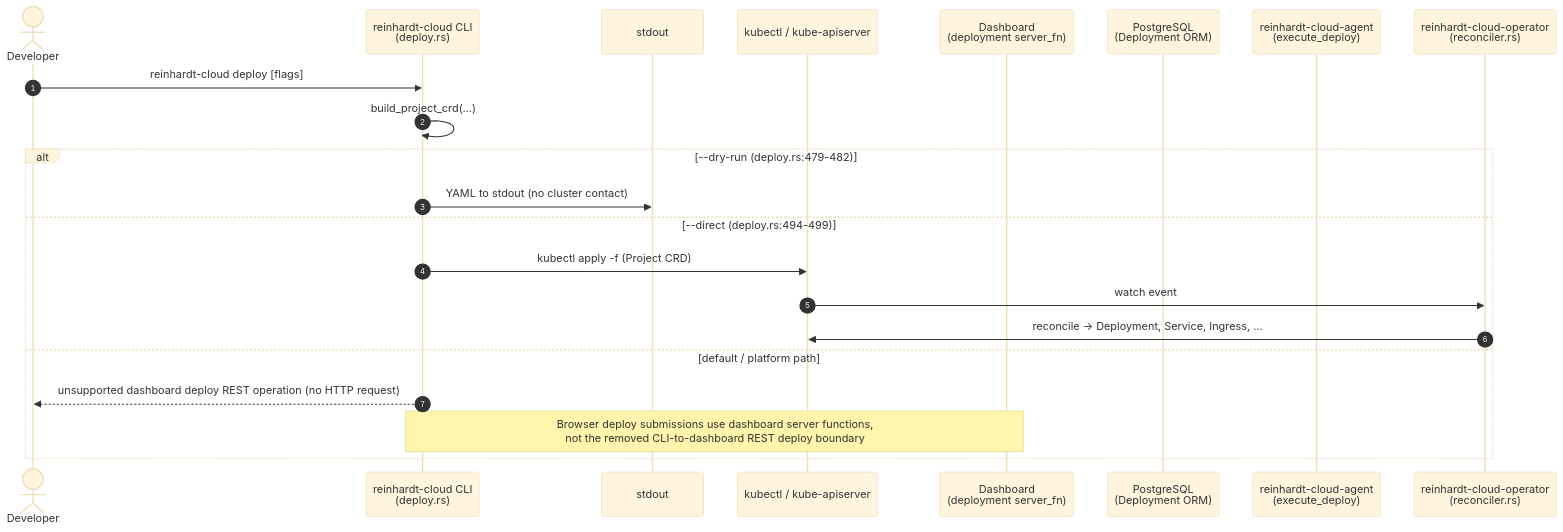
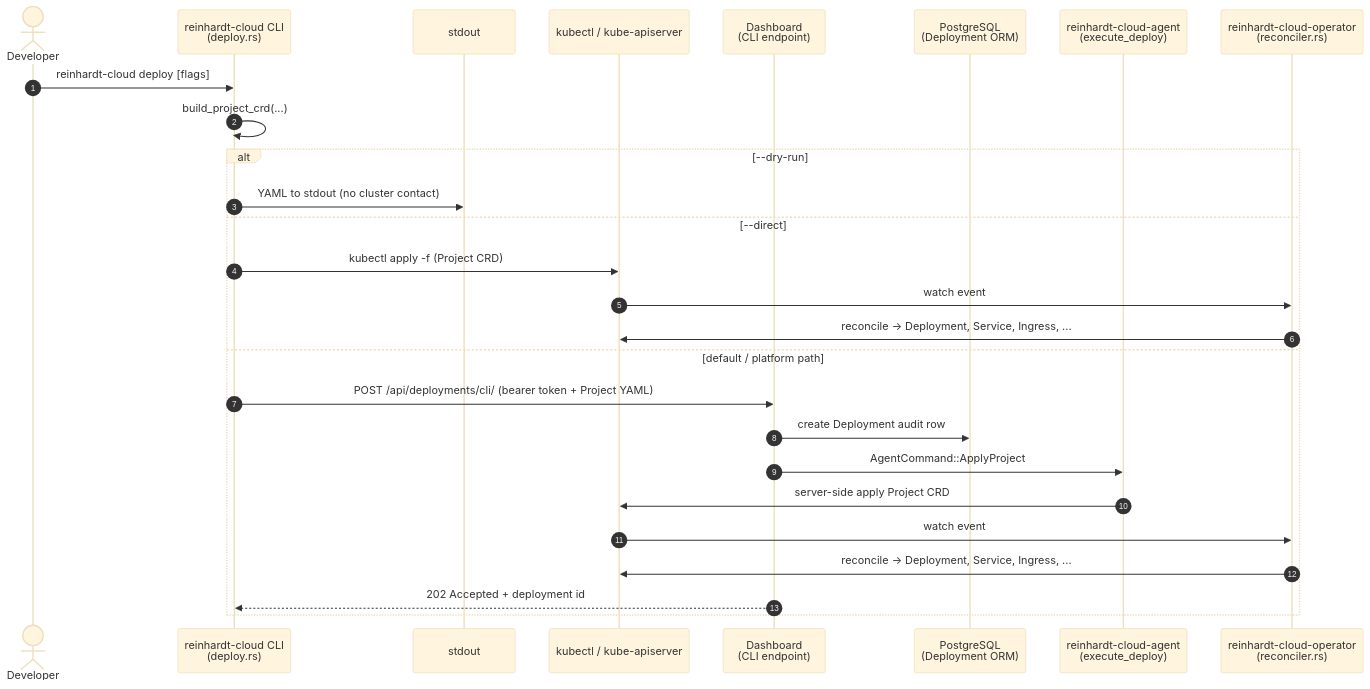
One commit to kent8192/reinhardt-cloud changed the first of 2 diagrams in docs/architecture/deployment-flow.md. Above: the diagram before and after it, drawn with Mermaid (base theme). The commit also changed other lines of this file and 3 other files, not shown here.

Commit message:
docs(cli): document dashboard deploy path

````diff
--- a/docs/architecture/deployment-flow.md
+++ b/docs/architecture/deployment-flow.md
@@ -139,26 +149,31 @@
 ```mermaid
 sequenceDiagram
     autonumber
     actor Dev as Developer
     participant CLI as reinhardt-cloud CLI<br/>(deploy.rs)
     participant Stdout as stdout
     participant Kubectl as kubectl / kube-apiserver
-    participant Dashboard as Dashboard<br/>(deployment server_fn)
+    participant Dashboard as Dashboard<br/>(CLI endpoint)
     participant PG as PostgreSQL<br/>(Deployment ORM)
     participant Agent as reinhardt-cloud-agent<br/>(execute_deploy)
     participant Operator as reinhardt-cloud-operator<br/>(reconciler.rs)
 
     Dev->>CLI: reinhardt-cloud deploy [flags]
     CLI->>CLI: build_project_crd(...)
 
-    alt --dry-run (deploy.rs:479-482)
+    alt --dry-run
         CLI->>Stdout: YAML to stdout (no cluster contact)
-    else --direct (deploy.rs:494-499)
+    else --direct
         CLI->>Kubectl: kubectl apply -f (Project CRD)
         Kubectl->>Operator: watch event
         Operator->>Kubectl: reconcile -> Deployment, Service, Ingress, ...
     else default / platform path
-        CLI-->>Dev: unsupported dashboard deploy REST operation (no HTTP request)
-        Note over CLI,Dashboard: Browser deploy submissions use dashboard server functions,<br/>not the removed CLI-to-dashboard REST deploy boundary
+        CLI->>Dashboard: POST /api/deployments/cli/ (bearer token + Project YAML)
+        Dashboard->>PG: create Deployment audit row
+        Dashboard->>Agent: AgentCommand::ApplyProject
+        Agent->>Kubectl: server-side apply Project CRD
+        Kubectl->>Operator: watch event
+        Operator->>Kubectl: reconcile -> Deployment, Service, Ingress, ...
+        Dashboard-->>CLI: 202 Accepted + deployment id
     end
 ```
````
